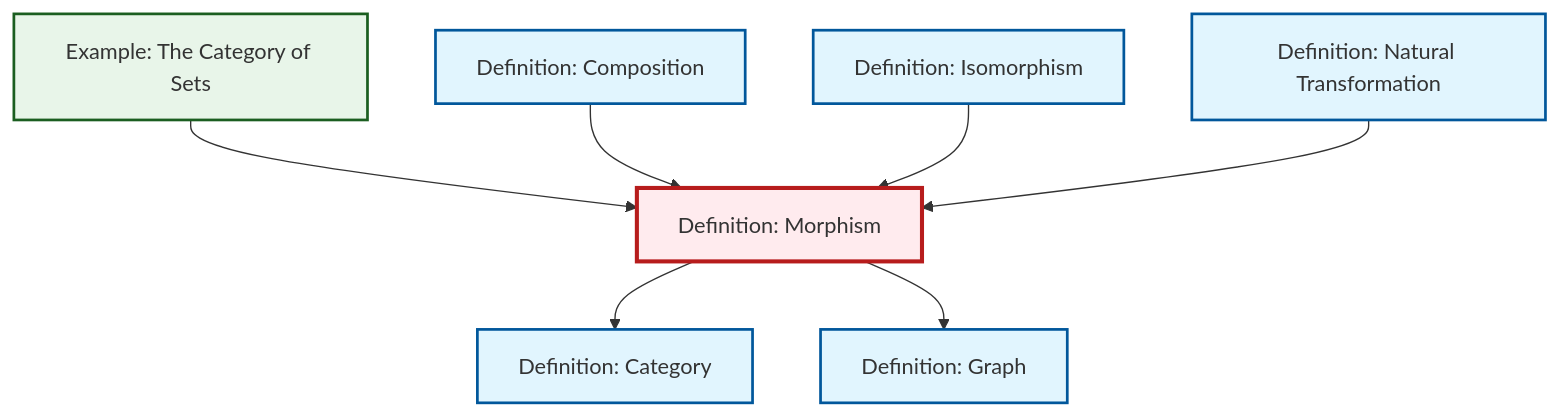
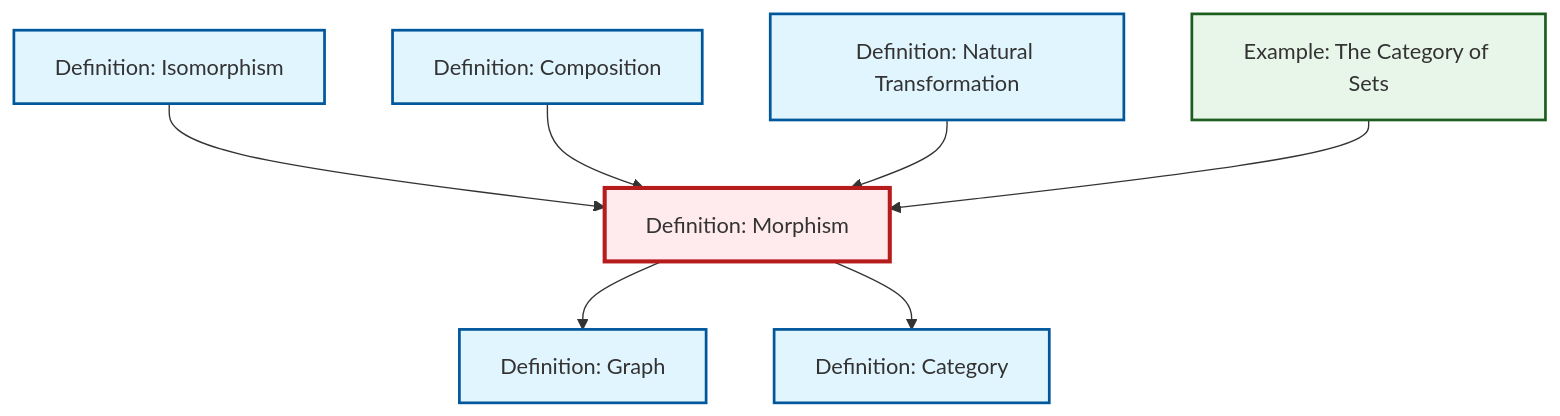
One commit to RK0429/ModernMath changed the diagram in content/en/category-theory/def-morphism.qmd. Above: the diagram before and after it, drawn with Mermaid. The commit also changed other lines of this file and 615 other files, not shown here.

````diff
--- a/content/en/category-theory/def-morphism.qmd
+++ b/content/en/category-theory/def-morphism.qmd
@@ -56,29 +56,29 @@
 ```{mermaid}
 %%| fig-cap: "Local dependency graph"
 graph TD
     classDef definition fill:#e1f5fe,stroke:#01579b,stroke-width:2px
     classDef theorem fill:#f3e5f5,stroke:#4a148c,stroke-width:2px
     classDef axiom fill:#fff3e0,stroke:#e65100,stroke-width:2px
     classDef example fill:#e8f5e9,stroke:#1b5e20,stroke-width:2px
     classDef current fill:#ffebee,stroke:#b71c1c,stroke-width:3px
-    def-isomorphism["Definition: Isomorphism"]:::definition
     def-natural-transformation["Definition: Natural Transformation"]:::definition
-    def-graph["Definition: Graph"]:::definition
+    ex-set-category["Example: The Category of Sets"]:::example
     def-category["Definition: Category"]:::definition
     def-morphism["Definition: Morphism"]:::definition
-    ex-set-category["Example: The Category of Sets"]:::example
     def-composition["Definition: Composition"]:::definition
-    ex-set-category --> def-morphism
-    def-morphism --> def-category
+    def-graph["Definition: Graph"]:::definition
+    def-isomorphism["Definition: Isomorphism"]:::definition
+    def-isomorphism --> def-morphism
     def-composition --> def-morphism
-    def-isomorphism --> def-morphism
     def-morphism --> def-graph
     def-natural-transformation --> def-morphism
+    def-morphism --> def-category
+    ex-set-category --> def-morphism
     class def-morphism current
+    click def-natural-transformation "def-natural-transformation.html" "Go to Natural Transformation definition"
+    click ex-set-category "ex-set-category.html" "Go to The Category of Sets example"
+    click def-category "def-category.html" "Go to Category definition"
+    click def-composition "def-composition.html" "Go to Composition definition"
+    click def-graph "def-graph.html" "Go to Graph definition"
     click def-isomorphism "def-isomorphism.html" "Go to Isomorphism definition"
-    click def-natural-transformation "def-natural-transformation.html" "Go to Natural Transformation definition"
-    click def-graph "def-graph.html" "Go to Graph definition"
-    click def-category "def-category.html" "Go to Category definition"
-    click ex-set-category "ex-set-category.html" "Go to The Category of Sets example"
-    click def-composition "def-composition.html" "Go to Composition definition"
 ```
````
